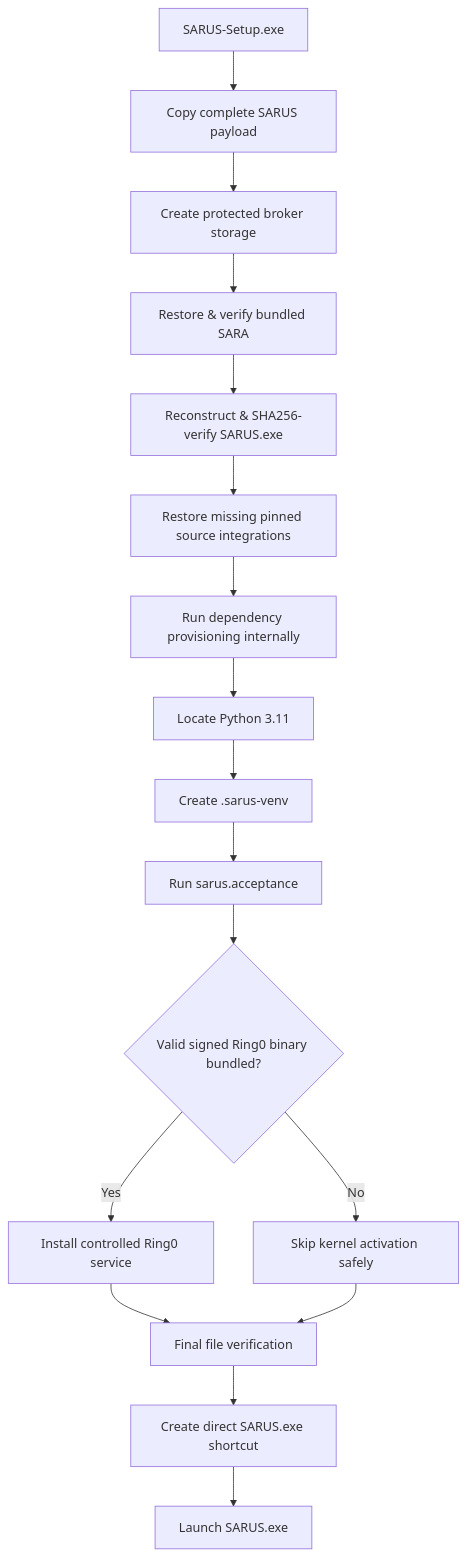
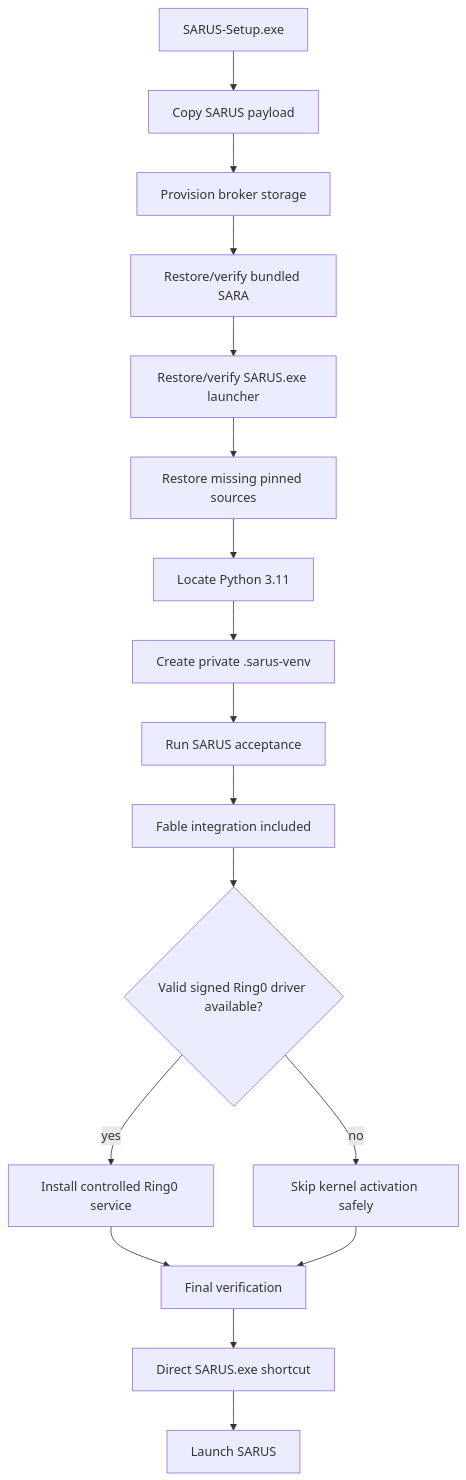
The sixth of 7 diagrams in README.md (kautukade/JUBI), drawn with Mermaid before and after one commit. The commit also changed other lines of this file, not shown here.

Commit message:
Document SARUS 1.3 and full Fable integration

````diff
--- a/README.md
+++ b/README.md
@@ -366,19 +616,19 @@
 ```mermaid
 flowchart TD
-    EXE[SARUS-Setup.exe] --> COPY[Copy complete SARUS payload]
-    COPY --> BROKER[Create protected broker storage]
-    BROKER --> SARA[Restore & verify bundled SARA]
-    SARA --> LAUNCHER[Reconstruct & SHA256-verify SARUS.exe]
-    LAUNCHER --> SRC[Restore missing pinned source integrations]
-    SRC --> DEPS[Run dependency provisioning internally]
-    DEPS --> PY[Locate Python 3.11]
-    PY --> VENV[Create .sarus-venv]
-    VENV --> TEST[Run sarus.acceptance]
-    TEST --> R0{Valid signed Ring0 binary bundled?}
-    R0 -->|Yes| R0I[Install controlled Ring0 service]
-    R0 -->|No| SKIP[Skip kernel activation safely]
-    R0I --> VERIFY[Final file verification]
+    EXE[SARUS-Setup.exe] --> COPY[Copy SARUS payload]
+    COPY --> BROKER[Provision broker storage]
+    BROKER --> SARA[Restore/verify bundled SARA]
+    SARA --> LAUNCHER[Restore/verify SARUS.exe launcher]
+    LAUNCHER --> SOURCES[Restore missing pinned sources]
+    SOURCES --> PY[Locate Python 3.11]
+    PY --> VENV[Create private .sarus-venv]
+    VENV --> ACCEPT[Run SARUS acceptance]
+    ACCEPT --> FABLE[Fable integration included]
+    FABLE --> R0{Valid signed Ring0 driver available?}
+    R0 -->|yes| R0I[Install controlled Ring0 service]
+    R0 -->|no| SKIP[Skip kernel activation safely]
+    R0I --> VERIFY[Final verification]
     SKIP --> VERIFY
-    VERIFY --> SHORTCUT[Create direct SARUS.exe shortcut]
-    SHORTCUT --> START[Launch SARUS.exe]
+    VERIFY --> SHORTCUT[Direct SARUS.exe shortcut]
+    SHORTCUT --> START[Launch SARUS]
 ```
````
